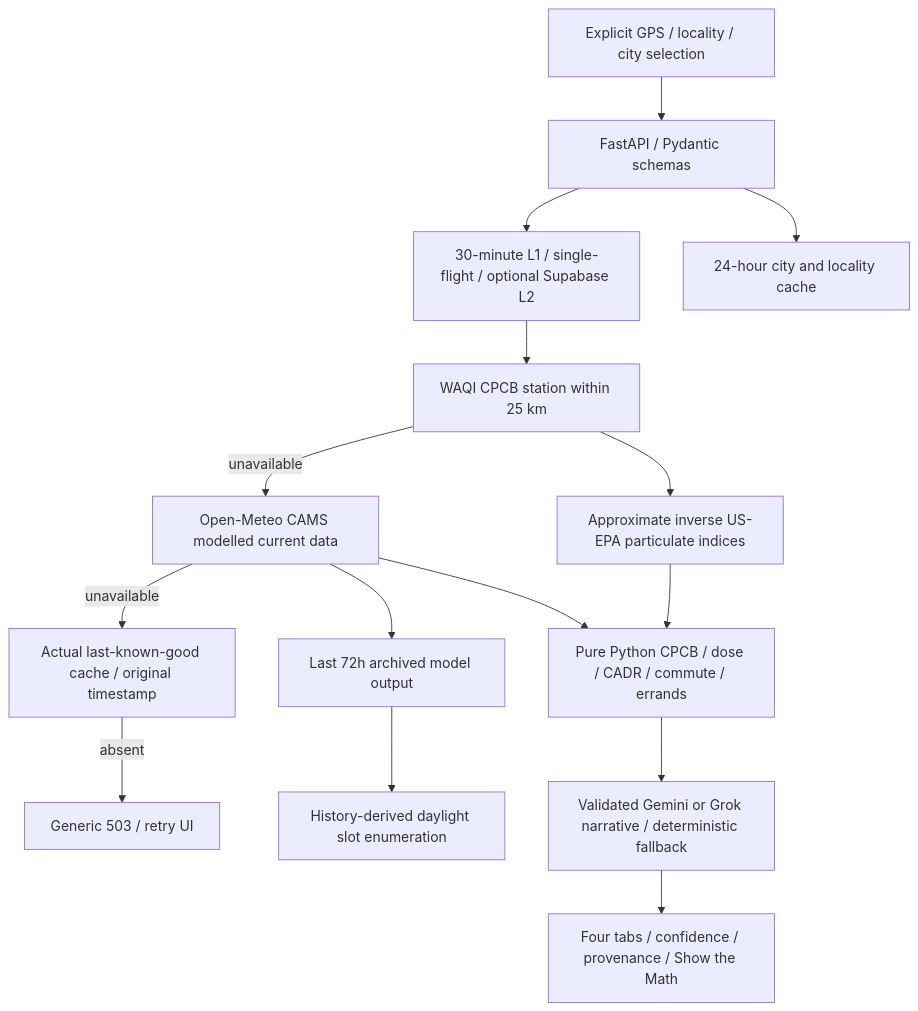
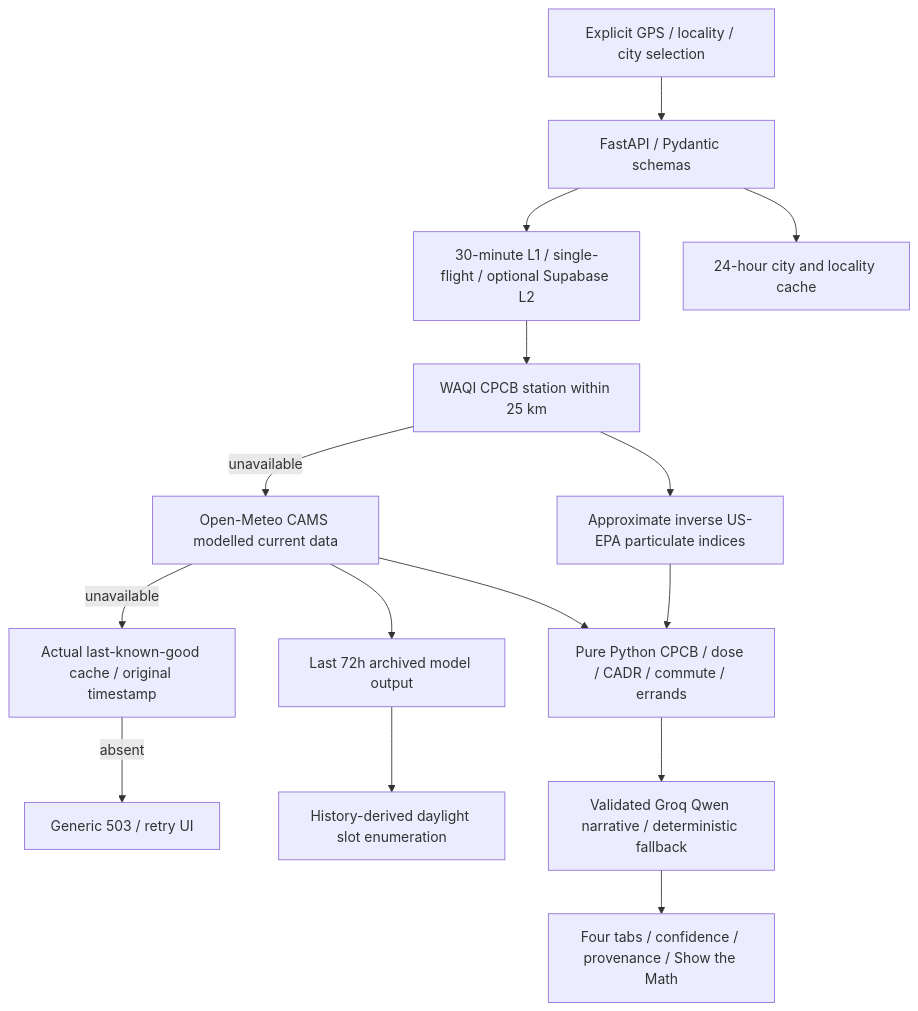
Before and after one commit to avz-sharma/Urbero: the diagram in README.md, drawn with Mermaid. The commit also changed other lines of this file and 15 other files, not shown here.

Commit message:
Use Groq Qwen as the sole generation provider

````diff
--- a/README.md
+++ b/README.md
@@ -43,17 +43,17 @@
 ```mermaid
 flowchart TD
     Location[Explicit GPS / locality / city selection] --> API[FastAPI / Pydantic schemas]
     API --> Cache[30-minute L1 / single-flight / optional Supabase L2]
     API --> Geo[24-hour city and locality cache]
     Cache --> WAQI[WAQI CPCB station within 25 km]
     WAQI -->|unavailable| CAMS[Open-Meteo CAMS modelled current data]
     CAMS -->|unavailable| Stale[Actual last-known-good cache / original timestamp]
     Stale -->|absent| Error[Generic 503 / retry UI]
     WAQI --> Inverse[Approximate inverse US-EPA particulate indices]
     Inverse --> Core[Pure Python CPCB / dose / CADR / commute / errands]
     CAMS --> Core
     CAMS --> History[Last 72h archived model output]
     History --> Optimizer[History-derived daylight slot enumeration]
-    Core --> Edge[Validated Gemini or Grok narrative / deterministic fallback]
+    Core --> Edge[Validated Groq Qwen narrative / deterministic fallback]
     Edge --> UI[Four tabs / confidence / provenance / Show the Math]
 ```
````
